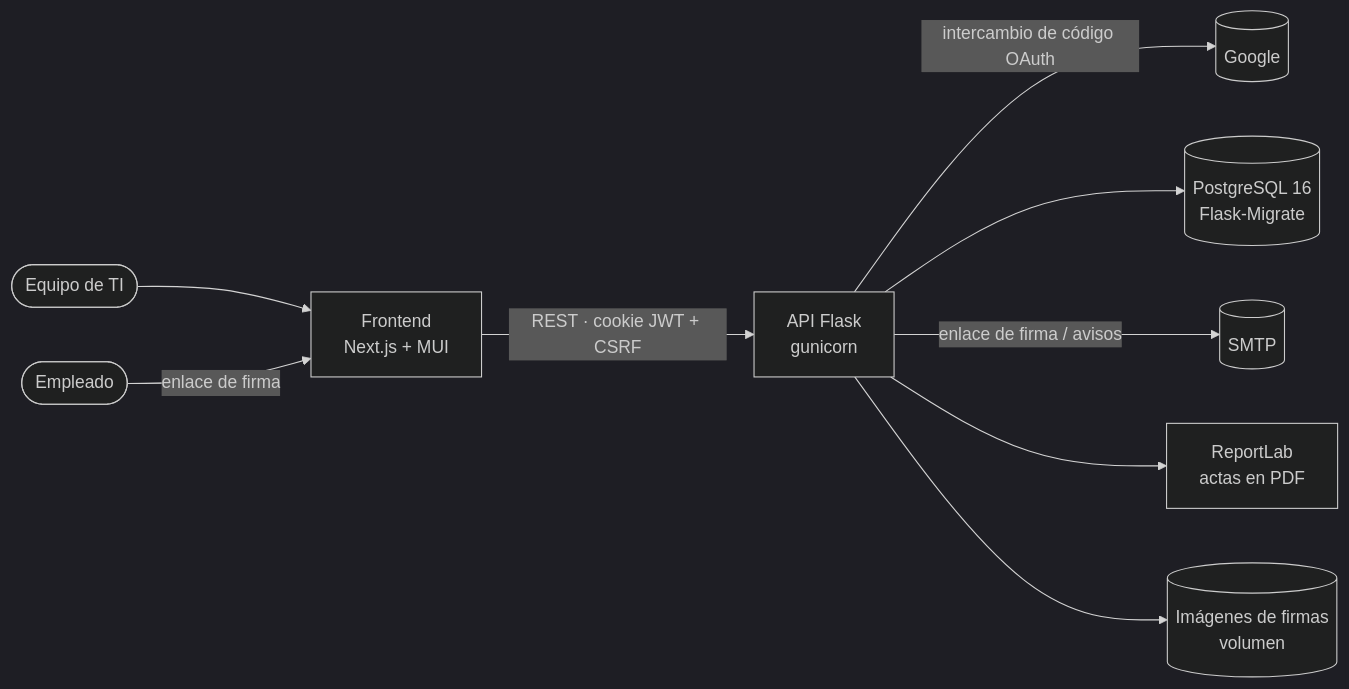
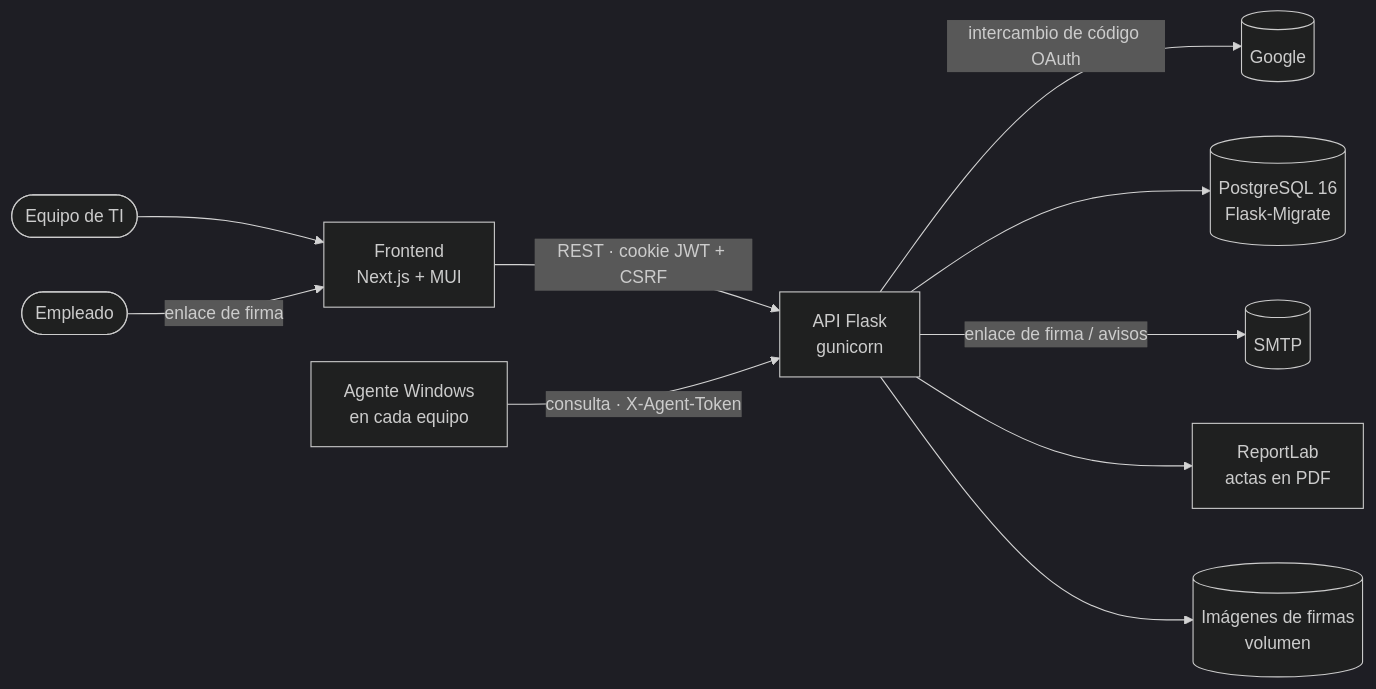
Before and after one commit to andres-en/mesa-asset-management-platform: the first of 2 diagrams in README.es.md, drawn with Mermaid (dark theme). The commit also changed other lines of this file and 46 other files, not shown here.

````diff
--- a/README.es.md
+++ b/README.es.md
@@ -42,11 +55,12 @@
 ```mermaid
 flowchart LR
     it([Equipo de TI]) --> web[Frontend<br/>Next.js + MUI]
     employee([Empleado]) -->|enlace de firma| web
     web -->|REST · cookie JWT + CSRF| api[API Flask<br/>gunicorn]
     api -->|intercambio de código OAuth| google[(Google)]
     api --> db[(PostgreSQL 16<br/>Flask-Migrate)]
     api -->|enlace de firma / avisos| smtp[(SMTP)]
     api --> pdf[ReportLab<br/>actas en PDF]
     api --> files[(Imágenes de firmas<br/>volumen)]
+    agent[Agente Windows<br/>en cada equipo] -->|consulta · X-Agent-Token| api
 ```
````
